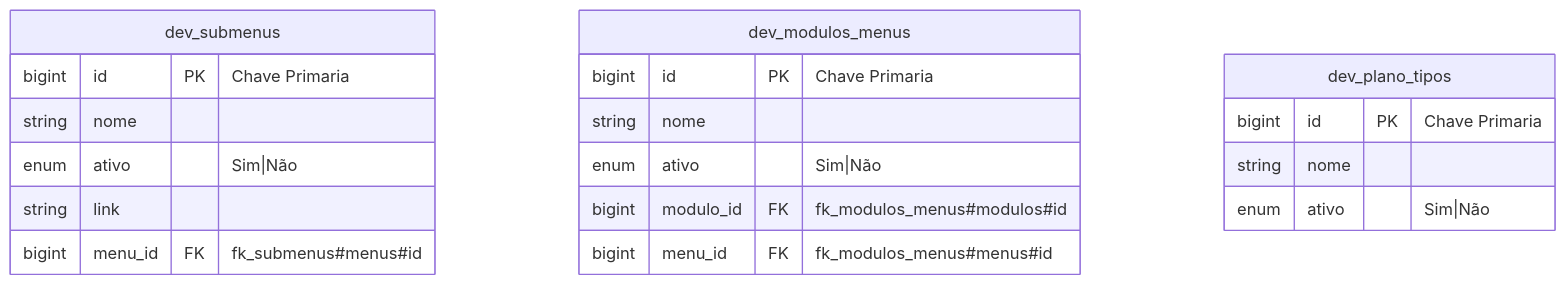
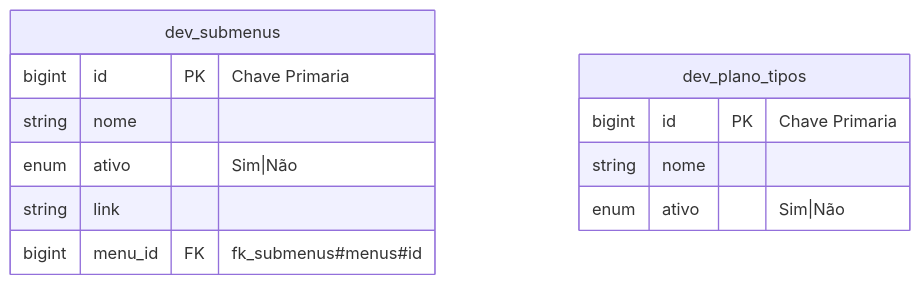
One commit to o-novo-dev/projeto-sistema changed the fifth of 8 diagrams in doc/modulo/laboratório.md. Above: the diagram before and after it, drawn with Mermaid. The commit also changed other lines of this file and 30 other files, not shown here.

````diff
--- a/doc/modulo/laboratório.md
+++ b/doc/modulo/laboratório.md
@@ -105,22 +87,15 @@
 ```mermaid
 erDiagram
   dev_submenus {
     bigint id PK "Chave Primaria"
     string nome
     enum ativo "Sim|Não"
     string link
     bigint menu_id FK "fk_submenus#menus#id"
   }
-  dev_modulos_menus {
-    bigint id PK "Chave Primaria"
-    string nome
-    enum ativo "Sim|Não"
-    bigint modulo_id FK "fk_modulos_menus#modulos#id"
-    bigint menu_id FK "fk_modulos_menus#menus#id"
-  }
   dev_plano_tipos {
     bigint id PK "Chave Primaria"
     string nome
     enum ativo "Sim|Não"
   }
 ```
````
